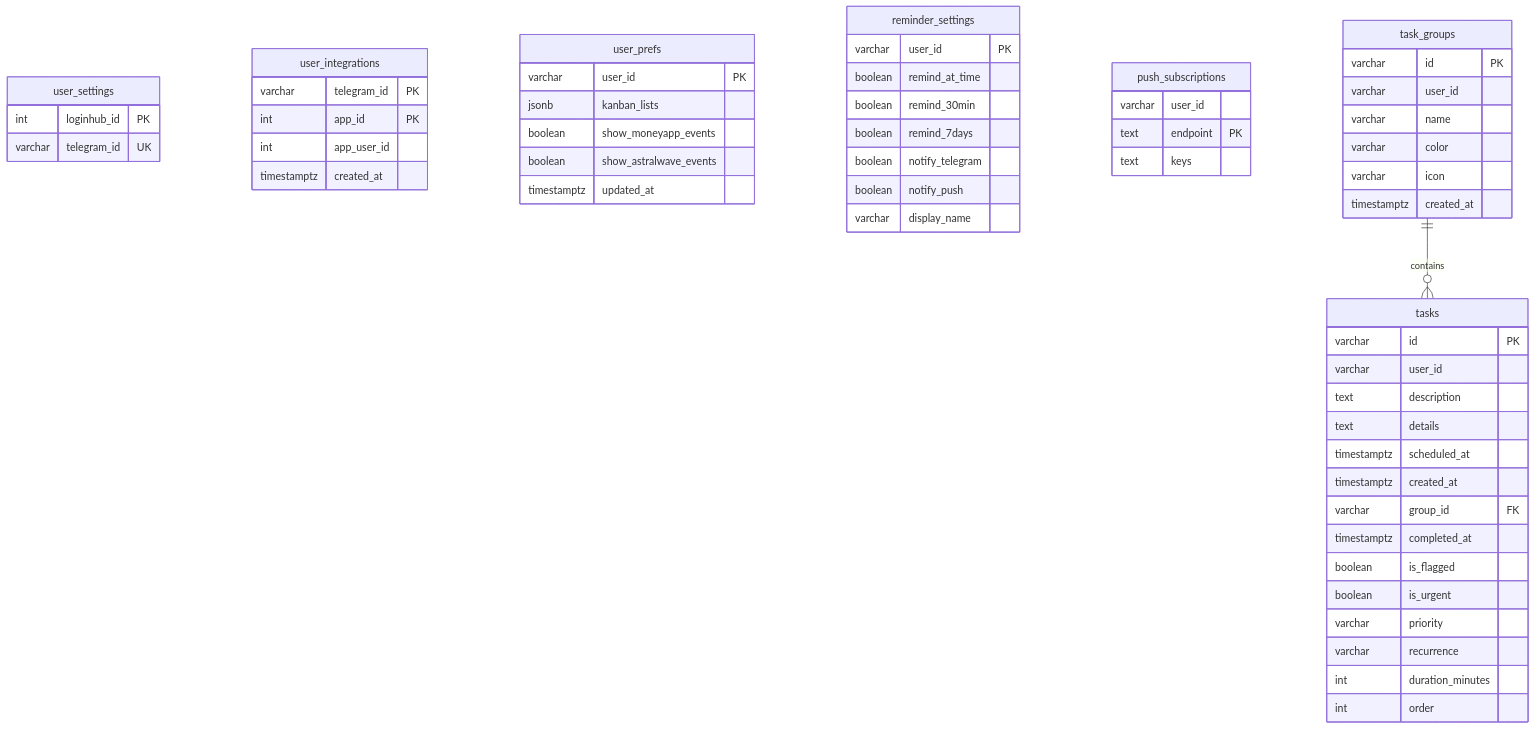
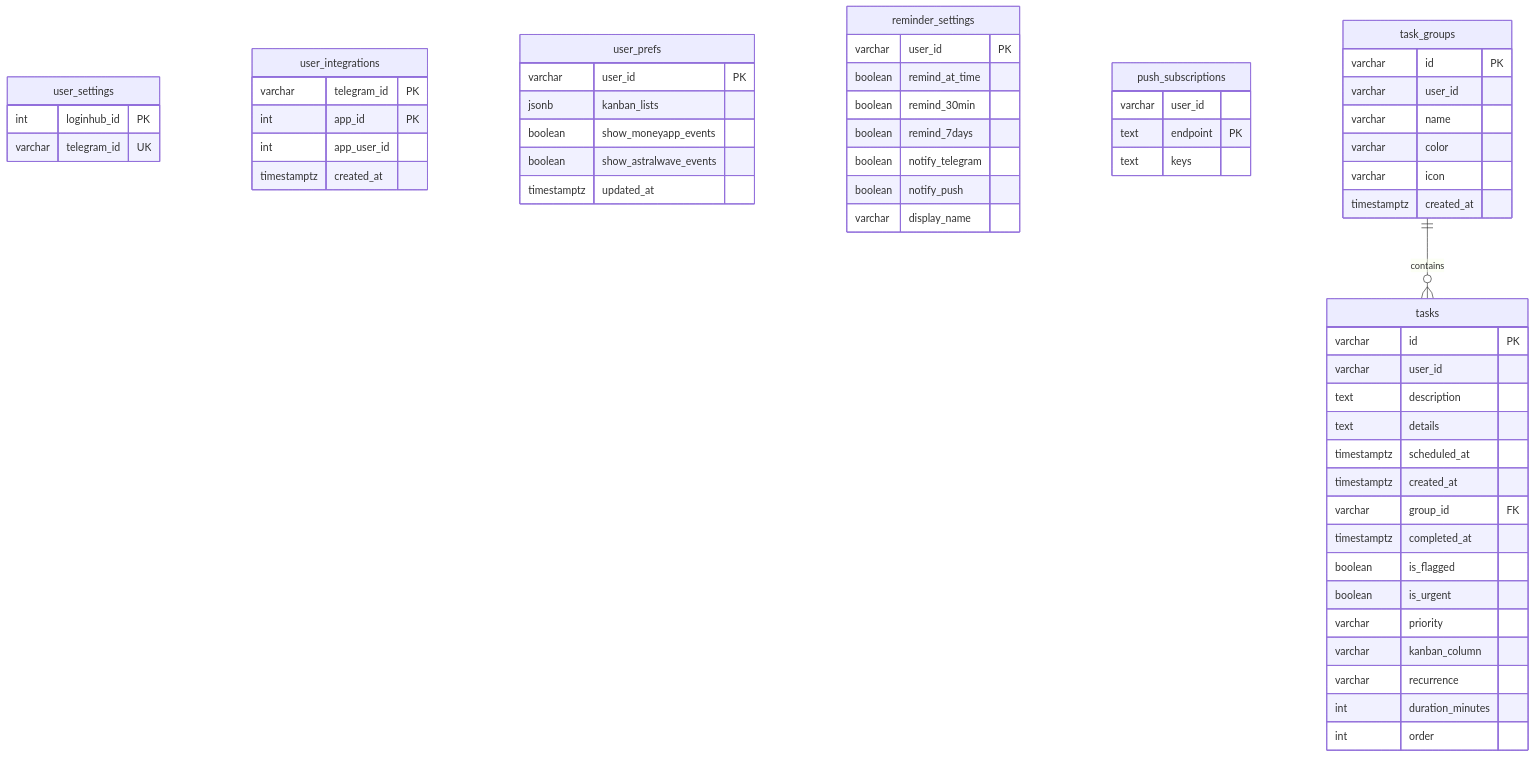
The second of 2 diagrams in README.md (moablive/LBS_TodoAPP), drawn with Mermaid before and after one commit. The commit also changed other lines of this file and 1 other file, not shown here.

First line of the commit message:
docs(readme): documenta o Kanban central e a reuniao por audio

````diff
--- a/README.md
+++ b/README.md
@@ -186,59 +208,60 @@
 ```mermaid
 erDiagram
   user_settings {
     int loginhub_id PK
     varchar telegram_id UK
   }
   user_integrations {
     varchar telegram_id PK
     int app_id PK
     int app_user_id
     timestamptz created_at
   }
   user_prefs {
     varchar user_id PK
     jsonb kanban_lists
     boolean show_moneyapp_events
     boolean show_astralwave_events
     timestamptz updated_at
   }
   reminder_settings {
     varchar user_id PK
     boolean remind_at_time
     boolean remind_30min
     boolean remind_7days
     boolean notify_telegram
     boolean notify_push
     varchar display_name
   }
   push_subscriptions {
     varchar user_id
     text endpoint PK
     text keys
   }
   task_groups {
     varchar id PK
     varchar user_id
     varchar name
     varchar color
     varchar icon
     timestamptz created_at
   }
   tasks {
     varchar id PK
     varchar user_id
     text description
     text details
     timestamptz scheduled_at
     timestamptz created_at
     varchar group_id FK
     timestamptz completed_at
     boolean is_flagged
     boolean is_urgent
     varchar priority
+    varchar kanban_column
     varchar recurrence
     int duration_minutes
     int order
   }
   task_groups ||--o{ tasks : contains
 ```
````
